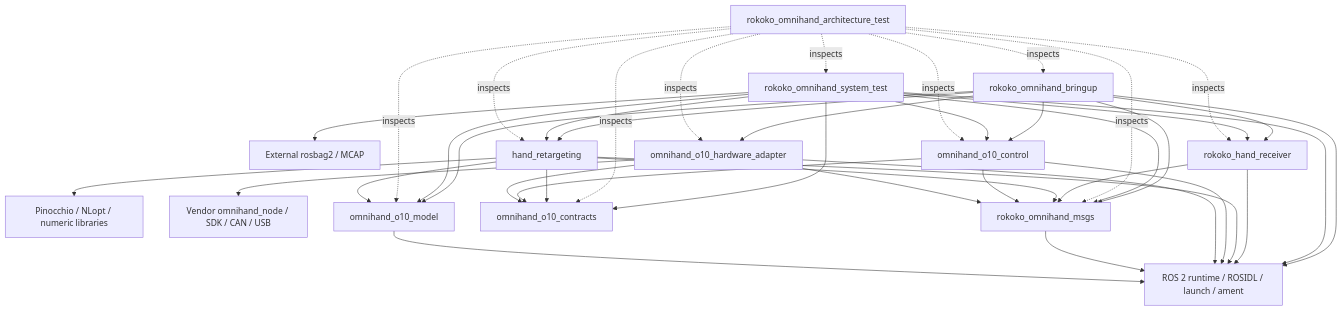
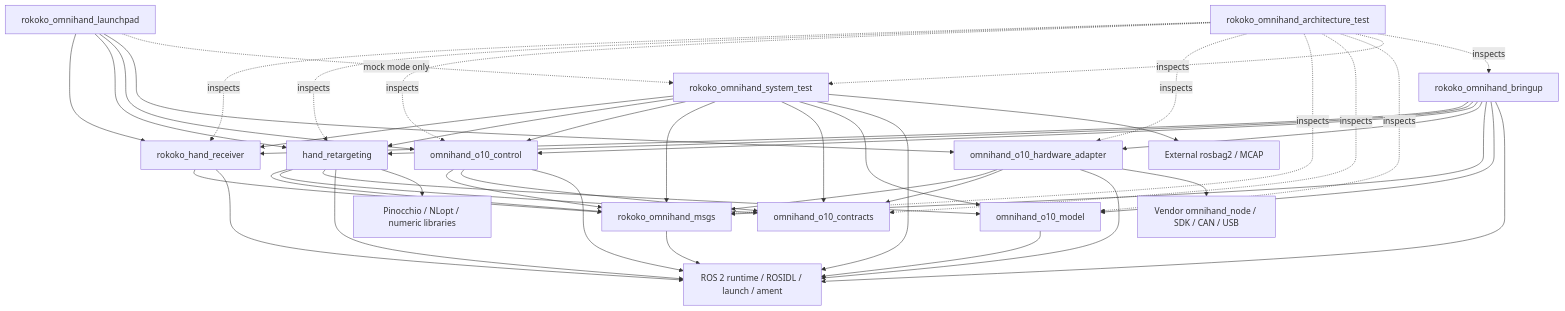
One commit to jack-z36/Dexhit changed the diagram in DOCS/01_知识/ARCHITECTURE.md. Above: the diagram before and after it, drawn with Mermaid. The commit also changed other lines of this file and 128 other files, not shown here.

````diff
--- a/DOCS/01_知识/ARCHITECTURE.md
+++ b/DOCS/01_知识/ARCHITECTURE.md
@@ -159,62 +168,69 @@
 ```mermaid
 flowchart TD
     ROS["ROS 2 runtime / ROSIDL / launch / ament"]
     NUM["Pinocchio / NLopt / numeric libraries"]
     VENDOR["Vendor omnihand_node / SDK / CAN / USB"]
     BAG["External rosbag2 / MCAP"]
     BR["rokoko_omnihand_bringup"]
+    LP["rokoko_omnihand_launchpad"]
     ST["rokoko_omnihand_system_test"]
     AT["rokoko_omnihand_architecture_test"]
     RR["rokoko_hand_receiver"]
     HR["hand_retargeting"]
     OC["omnihand_o10_control"]
     HA["omnihand_o10_hardware_adapter"]
     MSG["rokoko_omnihand_msgs"]
     CON["omnihand_o10_contracts"]
     MODEL["omnihand_o10_model"]
 
     BR --> RR
     BR --> HR
     BR --> OC
     BR --> HA
     BR --> MSG
     BR --> MODEL
     BR --> ROS
+
+    LP --> RR
+    LP --> HR
+    LP --> OC
+    LP --> HA
+    LP -. "mock mode only" .-> ST
 
     ST --> RR
     ST --> HR
     ST --> OC
     ST --> MSG
     ST --> CON
     ST --> MODEL
     ST --> ROS
     ST --> BAG
 
     AT -. "inspects" .-> RR
     AT -. "inspects" .-> HR
     AT -. "inspects" .-> OC
     AT -. "inspects" .-> HA
     AT -. "inspects" .-> MSG
     AT -. "inspects" .-> CON
     AT -. "inspects" .-> MODEL
     AT -. "inspects" .-> ST
     AT -. "inspects" .-> BR
 
     RR --> MSG
     RR --> ROS
     HR --> MSG
     HR --> CON
     HR --> MODEL
     HR --> ROS
     HR --> NUM
     OC --> MSG
     OC --> CON
     OC --> ROS
 
     HA --> MSG
     HA --> CON
     HA --> ROS
     HA --> VENDOR
     MSG --> ROS
     MODEL --> ROS
 ```
````
